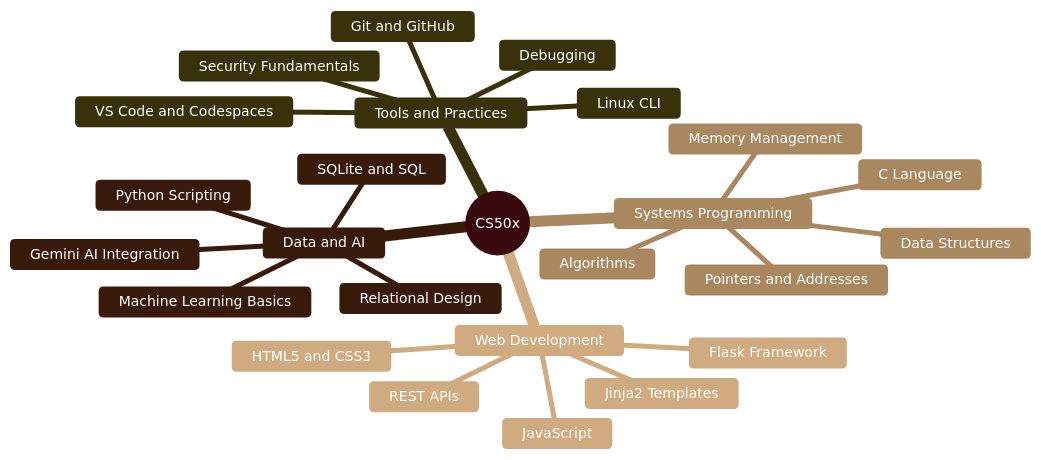
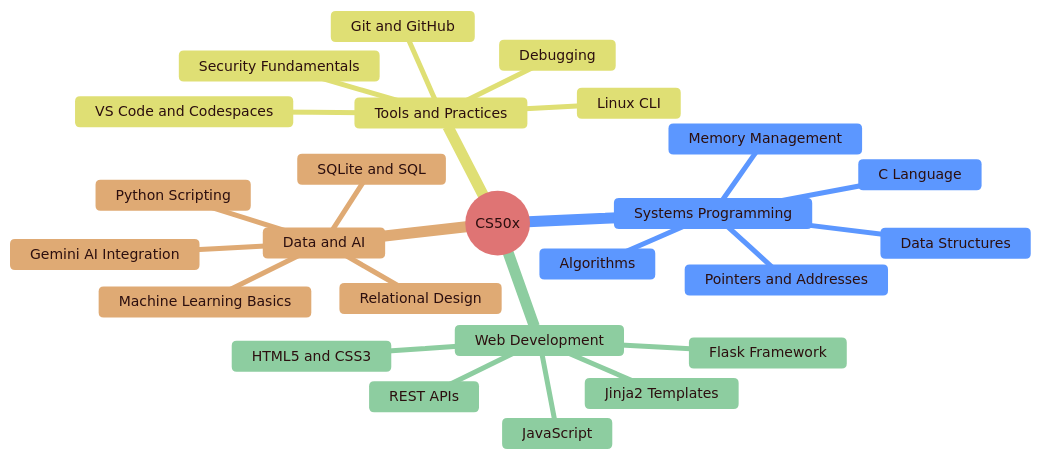
One commit to bavish007/cs50x changed the second of 2 diagrams in README.md. Above: the diagram before and after it, drawn with Mermaid. The commit also changed other lines of this file, not shown here.

````diff
--- a/README.md
+++ b/README.md
@@ -1,39 +197,39 @@
 ```mermaid
 %%{init: {'theme': 'base', 'themeVariables': {
-  'primaryColor': '#A51C30',
-  'primaryTextColor': '#ffffff',
-  'primaryBorderColor': '#7f1010',
-  'secondaryColor': '#d6c6b3',
-  'secondaryTextColor': '#2b1a12',
-  'tertiaryColor': '#f2e8dc',
-  'tertiaryTextColor': '#2b1a12',
-  'lineColor': '#7f1010',
+  'primaryColor': '#f7dcdc',
+  'primaryTextColor': '#2c0f0f',
+  'primaryBorderColor': '#8B0000',
+  'secondaryColor': '#dbe8ff',
+  'secondaryTextColor': '#102b54',
+  'tertiaryColor': '#e6f4ea',
+  'tertiaryTextColor': '#1d3a21',
+  'lineColor': '#8B0000',
   'fontSize': '14px'
 }}}%%
 mindmap
   root((CS50x))
     Systems Programming
       C Language
       Memory Management
       Pointers and Addresses
       Data Structures
       Algorithms
     Web Development
       HTML5 and CSS3
       JavaScript
       Flask Framework
       Jinja2 Templates
       REST APIs
     Data and AI
       SQLite and SQL
       Relational Design
       Python Scripting
       Gemini AI Integration
       Machine Learning Basics
     Tools and Practices
       Git and GitHub
       Linux CLI
       VS Code and Codespaces
       Debugging
       Security Fundamentals
 ```
````
